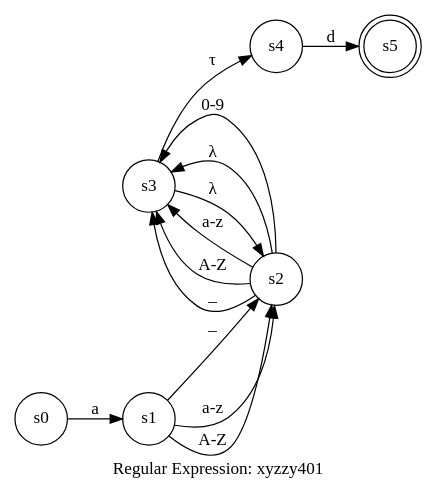
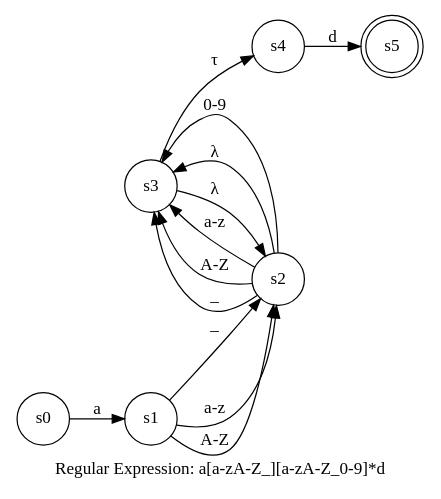
Before and after one commit to pschlump/lexie: the diagram in ref/nfa_0015.gv, drawn with Graphviz. The commit also changed 70 other files, not shown here.

```diff
--- a/ref/nfa_0015.gv
+++ b/ref/nfa_0015.gv
@@ -1,19 +1,19 @@
 digraph finite_state_machine {
-	label="Regular Expression: xyzzy401";
+	label="Regular Expression: a[a-zA-Z_][a-zA-Z_0-9]*d";
 	rankdir=LR;
 	size="8,5"
 	node [shape = doublecircle]; s5;
 	node [shape = circle];
 	s0 -> s1 [ label = "a" ];
 	s1 -> s2 [ label = "a-z" ];
 	s1 -> s2 [ label = "A-Z" ];
 	s1 -> s2 [ label = "_" ];
 	s2 -> s3 [ label = "a-z" ];
 	s2 -> s3 [ label = "A-Z" ];
 	s2 -> s3 [ label = "_" ];
 	s2 -> s3 [ label = "0-9" ];
 	s2 -> s3 [ label = "λ" ];
 	s3 -> s2 [ label = "λ" ];
 	s3 -> s4 [ label = "τ" ];
 	s4 -> s5 [ label = "d" ];
 }
```
